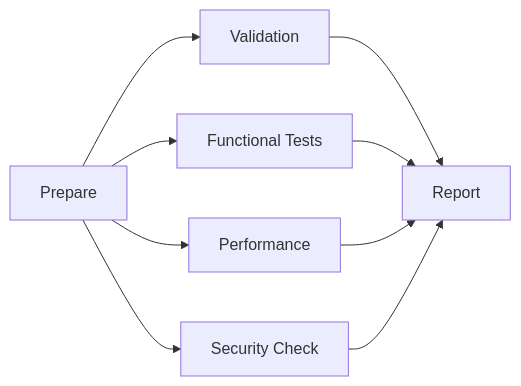
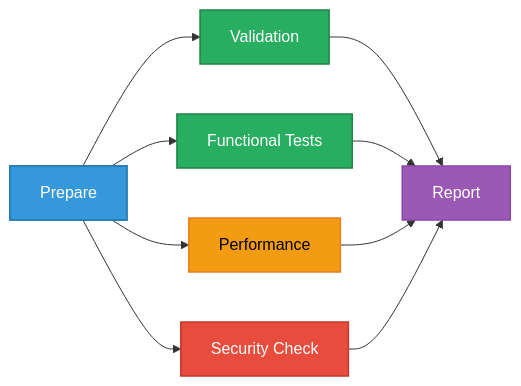
The fifth of 16 diagrams in docs/api/media/WORKFLOWS.md (Hack23/euparliamentmonitor), drawn with Mermaid before and after one commit. The commit also changed other lines of this file and 1053 other files, not shown here.

````diff
--- a/docs/api/media/WORKFLOWS.md
+++ b/docs/api/media/WORKFLOWS.md
@@ -346,11 +502,23 @@
 ```mermaid
 graph LR
     A[Prepare] --> B[Validation]
     A --> C[Functional Tests]
     A --> D[Performance]
     A --> E[Security Check]
     B --> F[Report]
     C --> F
     D --> F
     E --> F
+
+    classDef prepare fill:#3498db,stroke:#2980b9,stroke-width:2px,color:white
+    classDef test fill:#27ae60,stroke:#1e8449,stroke-width:1.5px,color:white
+    classDef security fill:#e74c3c,stroke:#c0392b,stroke-width:1.5px,color:white
+    classDef perf fill:#f39c12,stroke:#e67e22,stroke-width:1.5px,color:black
+    classDef report fill:#9b59b6,stroke:#8e44ad,stroke-width:1.5px,color:white
+
+    class A prepare
+    class B,C test
+    class D perf
+    class E security
+    class F report
 ```
````
